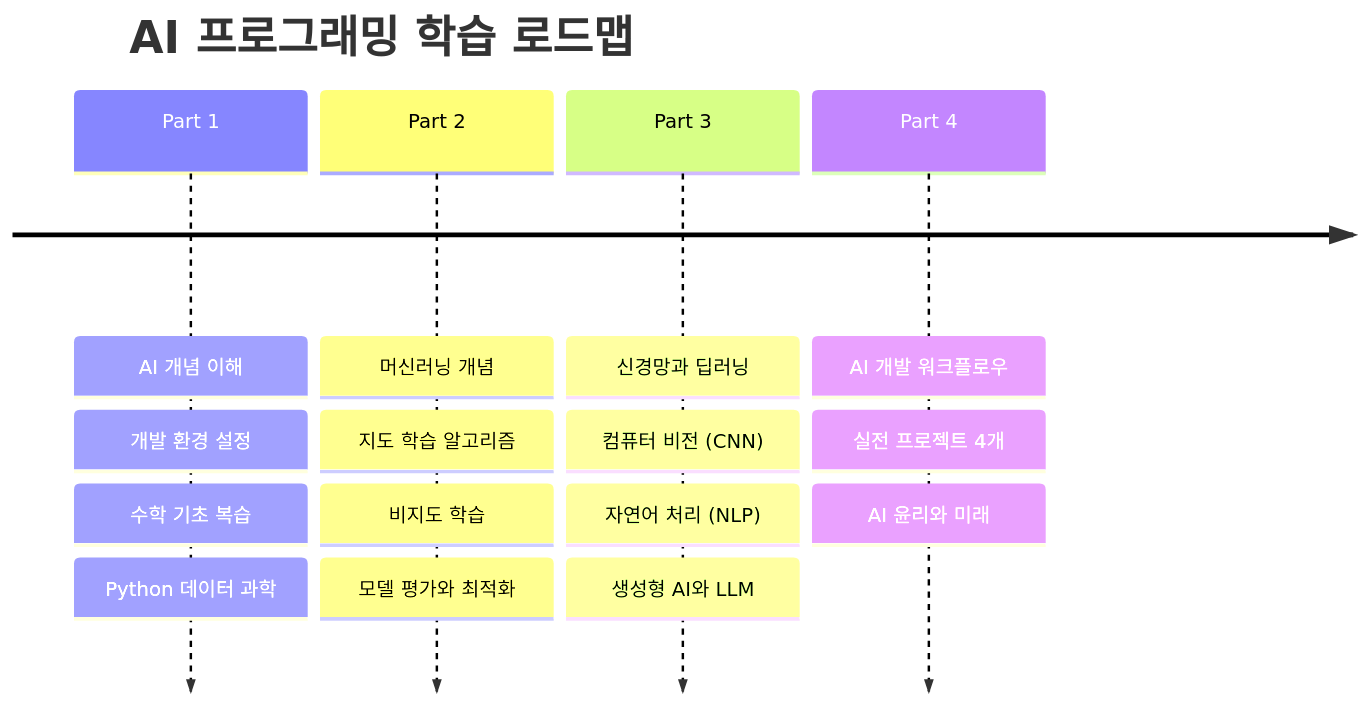
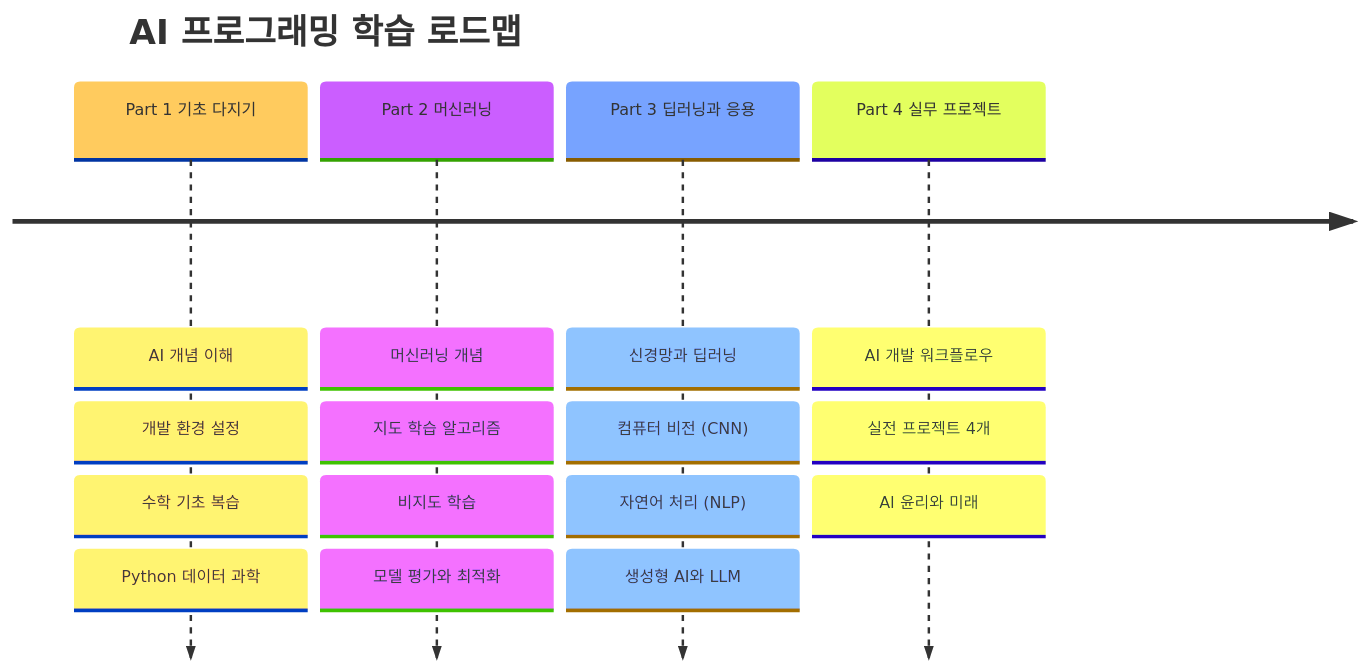
One commit to jingu279/Document changed diagram 18 of 19 in ai-programming/README.md. Above: the diagram before and after it, drawn with Mermaid. The commit also changed other lines of this file, not shown here.

First line of the commit message:
README Mermaid 다이어그램 스타일링 개선

````diff
--- a/ai-programming/README.md
+++ b/ai-programming/README.md
@@ -466,19 +719,20 @@
 ```mermaid
+%%{init: {'theme': 'base', 'themeVariables': {'fontSize': '13px'}}}%%
 timeline
     title AI 프로그래밍 학습 로드맵
-    Part 1 : AI 개념 이해
+    Part 1 기초 다지기 : AI 개념 이해
             : 개발 환경 설정
             : 수학 기초 복습
             : Python 데이터 과학
-    Part 2 : 머신러닝 개념
+    Part 2 머신러닝 : 머신러닝 개념
             : 지도 학습 알고리즘
             : 비지도 학습
             : 모델 평가와 최적화
-    Part 3 : 신경망과 딥러닝
+    Part 3 딥러닝과 응용 : 신경망과 딥러닝
             : 컴퓨터 비전 (CNN)
             : 자연어 처리 (NLP)
             : 생성형 AI와 LLM
-    Part 4 : AI 개발 워크플로우
+    Part 4 실무 프로젝트 : AI 개발 워크플로우
             : 실전 프로젝트 4개
             : AI 윤리와 미래
 ```
````
